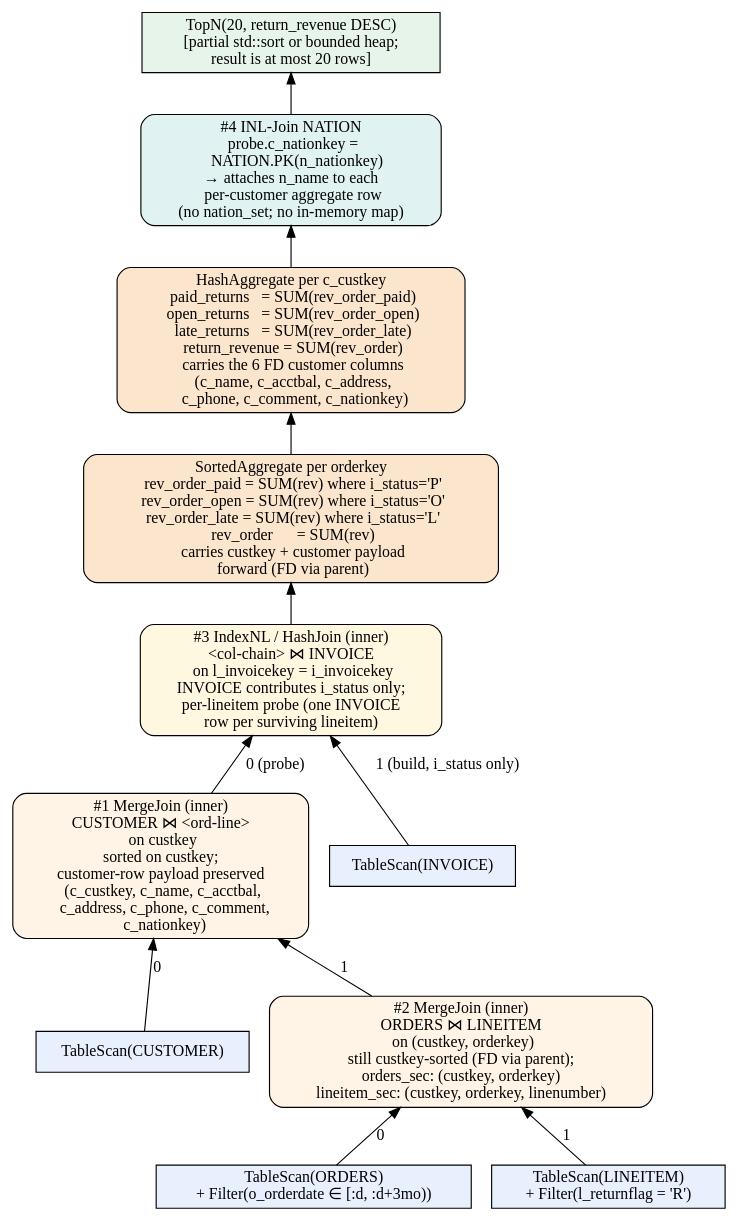
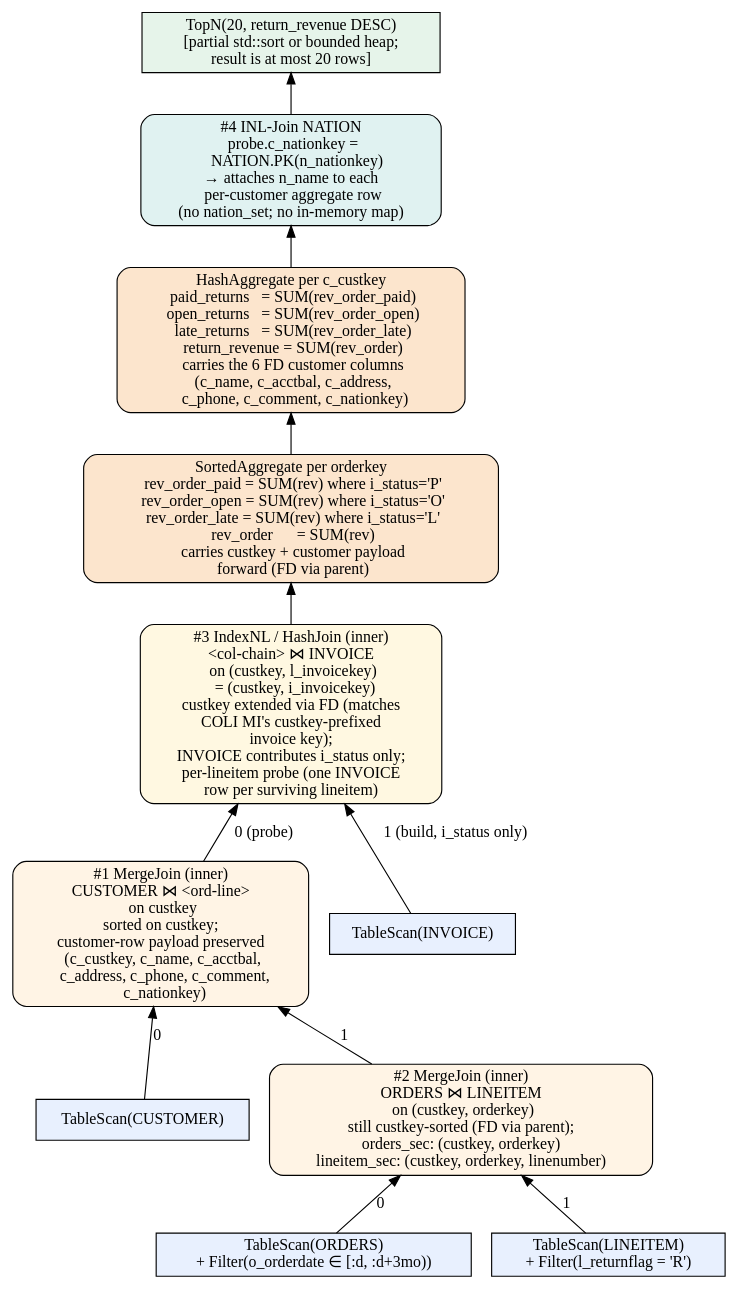
Before and after one commit to alicia-lyu/leanstore: the diagram in frontend/tpch/q10i/plans/family_logical.dot, drawn with Graphviz. The commit also changed 2 other files, not shown here.

Commit message:
tpch/q10i: Phase 0 fixups — customer-payload first-join + FD-extended invoice key
Two review-driven corrections to the Phase 0 plans:

1. baseline_s4.dot: customer wide payload (c_name, c_acctbal,
   c_address, c_phone, c_comment, c_nationkey) is recovered via
   INL at the FIRST join with customer (#1, C⋈O), attached to
   the joined record, and carried forward — not deferred to
   emit. Mirrors Q5 S4's chained-INL pattern. Removed the
   redundant per-emit recovery node. Only n_name is resolved at
   emit (cached in nationkey_to_name).

2. family_logical.dot: #2 (O⋈L) and #3 (L⋈I) join keys are
   FD-extended with custkey to match the COLI MI's custkey-
   prefixed lineitem and invoice key structures. So #2 becomes
   on (custkey, o_orderkey) = (custkey, l_orderkey) and #3
   becomes on (custkey, l_invoicekey) = (custkey, i_invoicekey).

CLAUDE.md text body updated to match (S4 description, D11,
Rule-12 enumeration).

```diff
--- a/frontend/tpch/q10i/plans/family_logical.dot
+++ b/frontend/tpch/q10i/plans/family_logical.dot
@@ -1,131 +1,140 @@
 // Q10I family logical plan — shared by S1, S2, S3.
 //
 // Q10I extends Q10 with a per-lineitem INVOICE dimension probe via the
 // schema's existing `l_invoicekey → i_invoicekey` link.  INVOICE
 // contributes only `i_status` downstream; that status routes each
 // surviving return lineitem's revenue into one of three partial
 // aggregates per customer (paid / open / late) alongside the total
 // `return_revenue`.
 //
 // Departs from Calcite's vanilla Q10 plan in three ways, mirroring the
 // Q10 / Q5 COL-family treatment plus the Q5I per-lineitem invoice
 // pattern:
 //
 //   1. Pipeline sort key is CUSTKEY, not ORDERKEY.  ORDERS and LINEITEM
 //      secondaries are extended with the custkey FD (orders key
 //      `(custkey, orderkey)`, lineitem key
 //      `(custkey, orderkey, linenumber)`) so the COLI MI's natural sort
 //      key is custkey.  Per OPERATORS.md §1, the family logical plan
 //      must match the MI's natural sort key.
 //
 //   2. NATION attaches as an **index nested-loop join** (Rule 13), not
 //      as an in-memory dimension subtree.  Q10I has no filter on
 //      NATION (no region clause), so a nation_set hashset would be
 //      degenerate (all 25 rows).  Across all four storage structures,
 //      `n_name` is resolved by a per-customer point lookup on the
 //      NATION primary index at emit time.  No nation_set, no
 //      nation_name_map, no pre-materialised name array.  (See memory
 //      `feedback-nation-lookup-pattern`.)
 //
 //   3. INVOICE is a **per-lineitem dimension probe**, not a sibling
 //      sub-aggregate.  Each surviving return lineitem looks up its
 //      linked invoice exactly once via
 //      `l_invoicekey = i_invoicekey` and reads `i_status`.  The
 //      partition into paid/open/late is at the aggregator, NOT a
 //      filter.  (Q10I is therefore NOT §3.1.2 in the strict sense —
 //      no scalar per-customer reduction of invoice.  It IS framing #1
 //      with an inlined per-lineitem dimension probe.  Anti-pattern
 //      #27 disclaimer: do not import "no sibling shortcut" wording.)
 //
 // Filter pushdown (parameterised filters never baked into secondaries):
 //
 //   • o_orderdate ∈ [:d, :d + 3mo)  → fused with TableScan(ORDERS)
 //   • l_returnflag = 'R'            → fused with TableScan(LINEITEM)
 //                                      (spec-hardcoded but kept live for
 //                                      view reusability)
 //   • i_status ∈ {'P','O','L'}      → partition key at aggregator,
 //                                      NOT a filter
 //   • l_extendedprice * (1-l_discount) → per-lineitem accumulator input
 //
 // AGGREGATION SHAPE (Decision D10, S2-relevant): the GROUP BY key is
 // c_custkey plus 7 functionally-dependent customer/nation columns.
 // Because o_orderdate is hoisted out of any secondary and applies at
 // **order** granularity, the post-pipeline operator chain MUST roll
 // lineitems up to per-order revenue first, then prune orders by the
 // orderdate filter, then aggregate qualifying orders per customer.
 // In S3 the per-order step is degenerate (the walker only admits
 // lineitems for orders that already passed `on_order`).  In S1/S2/S4
 // the per-order step is materialised.
 //
 // TopN(20) sits OUTSIDE the pipeline.  Decision D5 (S3 only) feeds the
 // bounded sink incrementally during the walk so the per-customer
 // intermediate vector never materialises in full (~150K customers at
 // SF=1); logically the shape here is unchanged.
 //
 // The four partial aggregates produced per customer:
 //
 //   paid_returns  = SUM(revenue) where i_status = 'P'
 //   open_returns  = SUM(revenue) where i_status = 'O'
 //   late_returns  = SUM(revenue) where i_status = 'L'
 //   return_revenue = SUM(revenue)                   (parity invariant:
 //                                                    paid + open + late
 //                                                    == return_revenue)
 
 digraph {
   rankdir=BT;
 
   // Logical joins (Rule 12):
   //   #1 CUSTOMER ⋈ ORDERS   on c_custkey   = o_custkey
-  //   #2 ORDERS   ⋈ LINEITEM on o_orderkey  = l_orderkey
-  //   #3 LINEITEM ⋈ INVOICE  on l_invoicekey = i_invoicekey
-  //      — per-lineitem probe; INVOICE contributes i_status only
+  //   #2 ORDERS   ⋈ LINEITEM on (custkey, o_orderkey)
+  //                            = (custkey, l_orderkey)
+  //      — custkey extended via FD (LINEITEM inherits c_custkey
+  //        through its parent order; matches the COLI MI's
+  //        custkey-prefixed lineitem key structure)
+  //   #3 LINEITEM ⋈ INVOICE  on (custkey, l_invoicekey)
+  //                            = (custkey, i_invoicekey)
+  //      — custkey extended via FD (both LINEITEM and INVOICE
+  //        inherit c_custkey through their parent records;
+  //        matches the COLI MI's custkey-prefixed invoice key
+  //        structure).  Per-lineitem probe; INVOICE contributes
+  //        i_status only.
   //   #4 CUSTOMER ⋈ NATION   on c_nationkey = n_nationkey
   //      — lowered to per-customer INL on NATION PK (Rule 13)
 
   // ─────────── Inside pipeline (custkey-sorted chain) ───────────
   s_cust [label="TableScan(CUSTOMER)",
           shape=box, style=filled, fillcolor="#E8F0FE"];
   s_ord  [label="TableScan(ORDERS)\n+ Filter(o_orderdate ∈ [:d, :d+3mo))",
           shape=box, style=filled, fillcolor="#E8F0FE"];
   s_lin  [label="TableScan(LINEITEM)\n+ Filter(l_returnflag = 'R')",
           shape=box, style=filled, fillcolor="#E8F0FE"];
   s_inv  [label="TableScan(INVOICE)",
           shape=box, style=filled, fillcolor="#E8F0FE"];
 
   joinB [label="#2 MergeJoin (inner)\nORDERS ⋈ LINEITEM\n  on (custkey, orderkey)\nstill custkey-sorted (FD via parent);\norders_sec: (custkey, orderkey)\nlineitem_sec: (custkey, orderkey, linenumber)",
          shape=box, style="filled,rounded", fillcolor="#FFF4E5"];
   joinA [label="#1 MergeJoin (inner)\nCUSTOMER ⋈ <ord-line>\n  on custkey\nsorted on custkey;\ncustomer-row payload preserved\n  (c_custkey, c_name, c_acctbal,\n   c_address, c_phone, c_comment,\n   c_nationkey)",
          shape=box, style="filled,rounded", fillcolor="#FFF4E5"];
 
-  joinI [label="#3 IndexNL / HashJoin (inner)\n<col-chain> ⋈ INVOICE\n  on l_invoicekey = i_invoicekey\nINVOICE contributes i_status only;\nper-lineitem probe (one INVOICE\nrow per surviving lineitem)",
+  joinI [label="#3 IndexNL / HashJoin (inner)\n<col-chain> ⋈ INVOICE\n  on (custkey, l_invoicekey)\n   = (custkey, i_invoicekey)\ncustkey extended via FD (matches\nCOLI MI's custkey-prefixed\ninvoice key);\nINVOICE contributes i_status only;\nper-lineitem probe (one INVOICE\nrow per surviving lineitem)",
          shape=box, style="filled,rounded", fillcolor="#FFF8E1"];
 
   // ─────────── Per-order then per-customer aggregation (D10) ───────────
   agg_o [label="SortedAggregate per orderkey\n  rev_order_paid = SUM(rev) where i_status='P'\n  rev_order_open = SUM(rev) where i_status='O'\n  rev_order_late = SUM(rev) where i_status='L'\n  rev_order      = SUM(rev)\n  carries custkey + customer payload\n  forward (FD via parent)",
          shape=box, style="filled,rounded", fillcolor="#FCE5CD"];
   agg_c [label="HashAggregate per c_custkey\n  paid_returns   = SUM(rev_order_paid)\n  open_returns   = SUM(rev_order_open)\n  late_returns   = SUM(rev_order_late)\n  return_revenue = SUM(rev_order)\n  carries the 6 FD customer columns\n  (c_name, c_acctbal, c_address,\n   c_phone, c_comment, c_nationkey)",
          shape=box, style="filled,rounded", fillcolor="#FCE5CD"];
 
   // ─────────── NATION attachment: INL on PK (D9) ───────────
   inl_n [label="#4 INL-Join NATION\n  probe.c_nationkey =\n    NATION.PK(n_nationkey)\n→ attaches n_name to each\n  per-customer aggregate row\n(no nation_set; no in-memory map)",
          shape=box, style="filled,rounded", fillcolor="#E0F2F1"];
 
   topn [label="TopN(20, return_revenue DESC)\n[partial std::sort or bounded heap;\n result is at most 20 rows]",
         shape=box, style=filled, fillcolor="#E6F4EA"];
 
   // ─────────── Edges (chain) ───────────
   s_ord  -> joinB [label="0"];
   s_lin  -> joinB [label="1"];
 
   s_cust -> joinA [label="0"];
   joinB  -> joinA [label="1"];
 
   joinA  -> joinI [label="0 (probe)"];
   s_inv  -> joinI [label="1 (build, i_status only)"];
 
   joinI -> agg_o;
   agg_o -> agg_c;
   agg_c -> inl_n;
   inl_n -> topn;
 
 }
```
